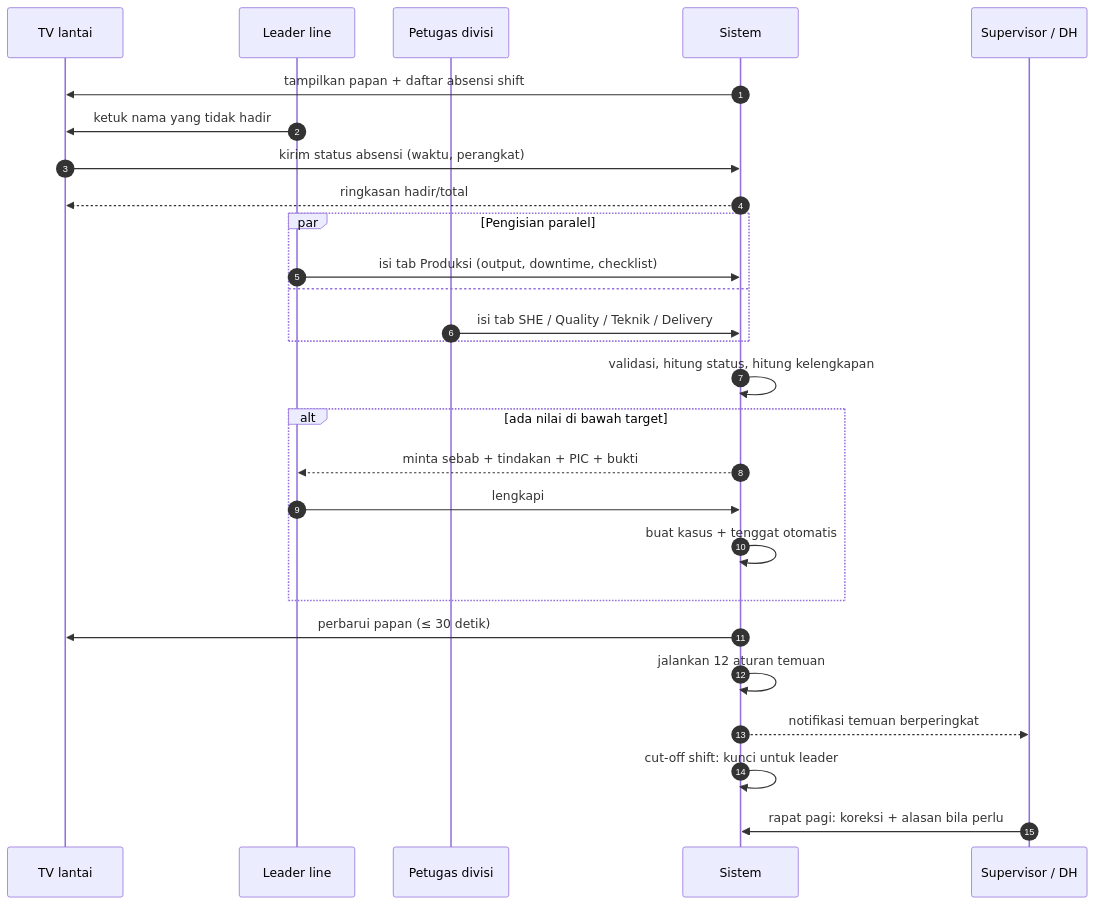
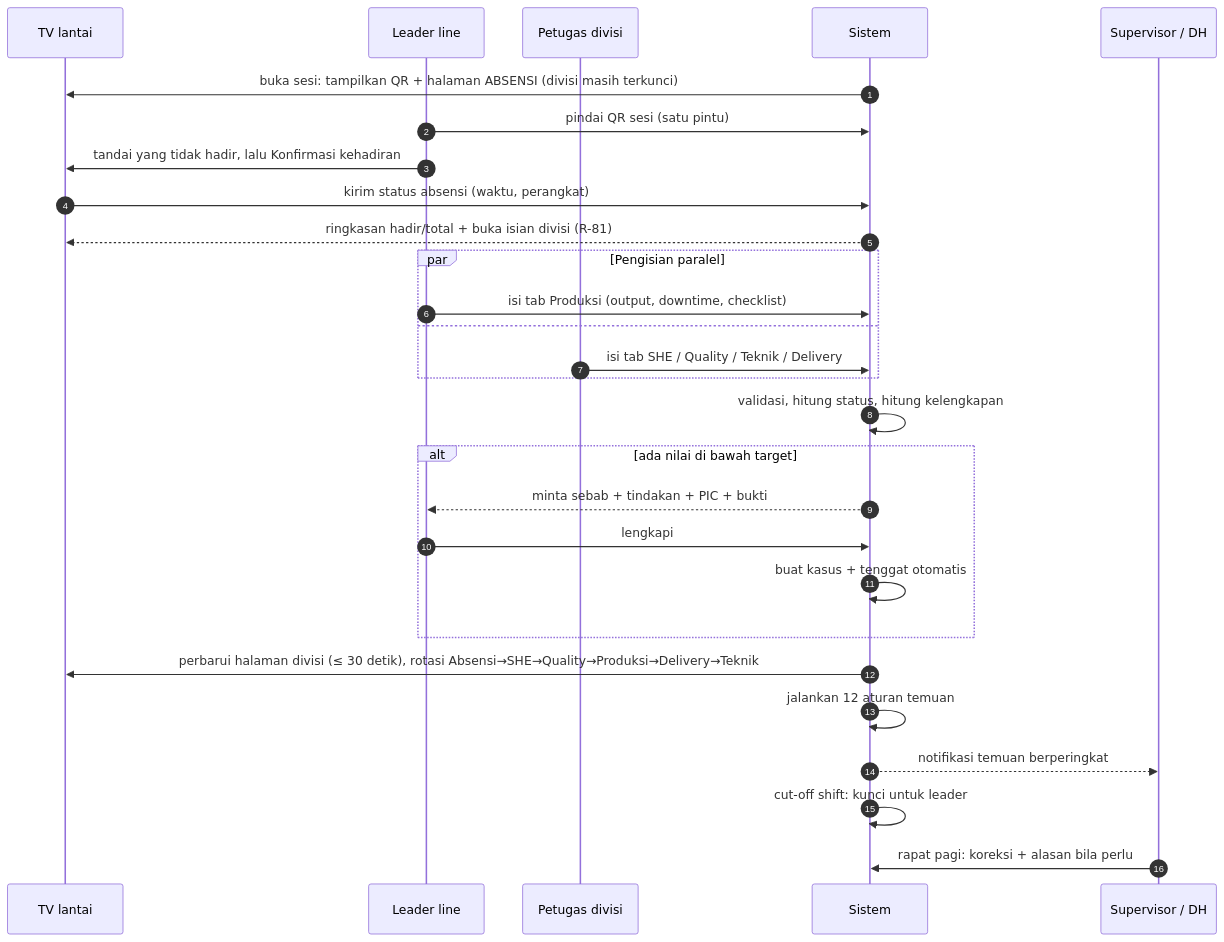
One commit to GalaxyDust/DailyMonitoringSystem_App changed the second of 10 diagrams in docs/laporan/rancangan/03-ALUR-SISTEM.md. Above: the diagram before and after it, drawn with Mermaid. The commit also changed other lines of this file and 17 other files, not shown here.

First line of the commit message:
TV satu divisi per layar, absensi di awal, QR satu pintu, dan sinkron Excel otomatis

````diff
--- a/docs/laporan/rancangan/03-ALUR-SISTEM.md
+++ b/docs/laporan/rancangan/03-ALUR-SISTEM.md
@@ -50,33 +50,34 @@
 ```mermaid
 sequenceDiagram
     autonumber
     participant TV as TV lantai
     participant L as Leader line
     participant D as Petugas divisi
     participant S as Sistem
     participant SP as Supervisor / DH
 
-    S->>TV: tampilkan papan + daftar absensi shift
-    L->>TV: ketuk nama yang tidak hadir
+    S->>TV: buka sesi: tampilkan QR + halaman ABSENSI (divisi masih terkunci)
+    L->>S: pindai QR sesi (satu pintu)
+    L->>TV: tandai yang tidak hadir, lalu Konfirmasi kehadiran
     TV->>S: kirim status absensi (waktu, perangkat)
-    S-->>TV: ringkasan hadir/total
+    S-->>TV: ringkasan hadir/total + buka isian divisi (R-81)
 
     par Pengisian paralel
         L->>S: isi tab Produksi (output, downtime, checklist)
     and
         D->>S: isi tab SHE / Quality / Teknik / Delivery
     end
 
     S->>S: validasi, hitung status, hitung kelengkapan
     alt ada nilai di bawah target
         S-->>L: minta sebab + tindakan + PIC + bukti
         L->>S: lengkapi
         S->>S: buat kasus + tenggat otomatis
     end
 
-    S->>TV: perbarui papan (≤ 30 detik)
+    S->>TV: perbarui halaman divisi (≤ 30 detik), rotasi Absensi→SHE→Quality→Produksi→Delivery→Teknik
     S->>S: jalankan 12 aturan temuan
     S-->>SP: notifikasi temuan berperingkat
     S->>S: cut-off shift: kunci untuk leader
     SP->>S: rapat pagi: koreksi + alasan bila perlu
 ```
````
